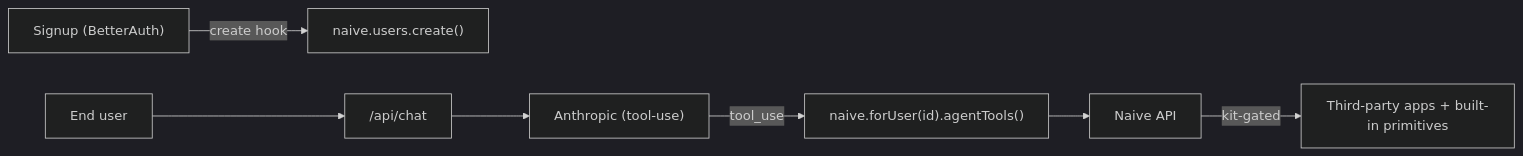
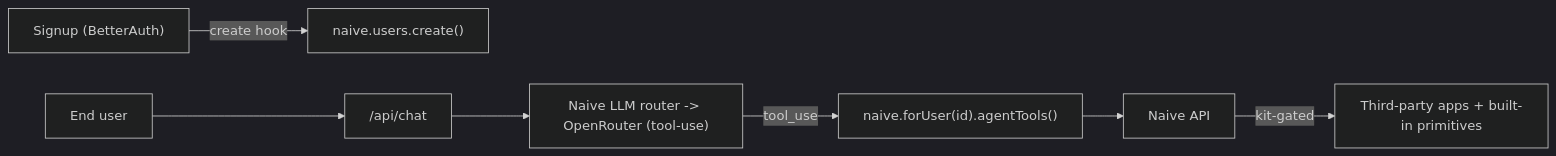
One commit to usenaive/naive-starter-template changed the first of 2 diagrams in README.md. Above: the diagram before and after it, drawn with Mermaid (dark theme). The commit also changed other lines of this file and 1 other file, not shown here.

Commit message:
docs: chat runs through Naive's OpenRouter router; one provider key (NAIVE_API_KEY)

````diff
--- a/README.md
+++ b/README.md
@@ -115,9 +114,9 @@
 ```mermaid
 flowchart LR
   signup["Signup (BetterAuth)"] -->|create hook| provision["naive.users.create()"]
   user["End user"] --> chat["/api/chat"]
-  chat --> claude["Anthropic (tool-use)"]
+  chat --> claude["Naive LLM router -> OpenRouter (tool-use)"]
   claude -->|tool_use| tools["naive.forUser(id).agentTools()"]
   tools --> api["Naive API"]
   api -->|kit-gated| ext["Third-party apps + built-in primitives"]
 ```
````
